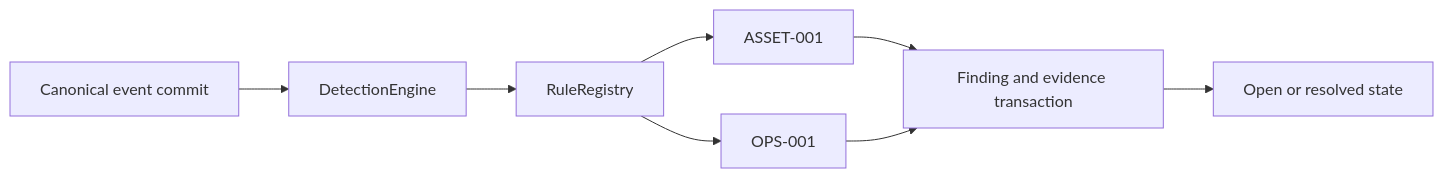
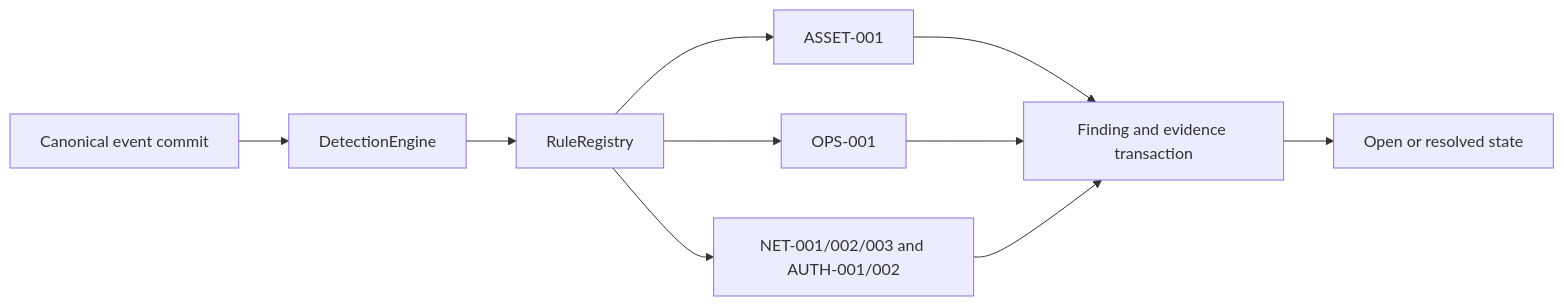
One commit to kientran1507/Sentinel changed the diagram in docs/architecture/detection-engine.md. Above: the diagram before and after it, drawn with Mermaid. The commit also changed other lines of this file and 46 other files, not shown here.

````diff
--- a/docs/architecture/detection-engine.md
+++ b/docs/architecture/detection-engine.md
@@ -7,10 +7,12 @@
 ```mermaid
 flowchart LR
     C[Canonical event commit] --> E[DetectionEngine]
     E --> R[RuleRegistry]
     R --> A[ASSET-001]
     R --> O[OPS-001]
+    R --> T[NET-001/002/003 and AUTH-001/002]
     A --> F[Finding and evidence transaction]
     O --> F
+    T --> F
     F --> S[Open or resolved state]
 ```
````
